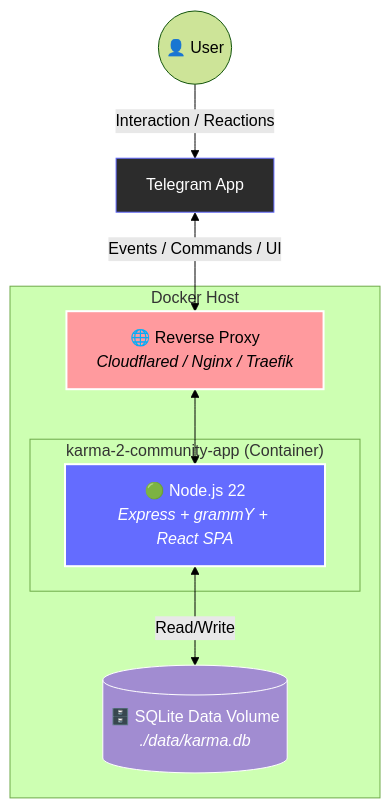
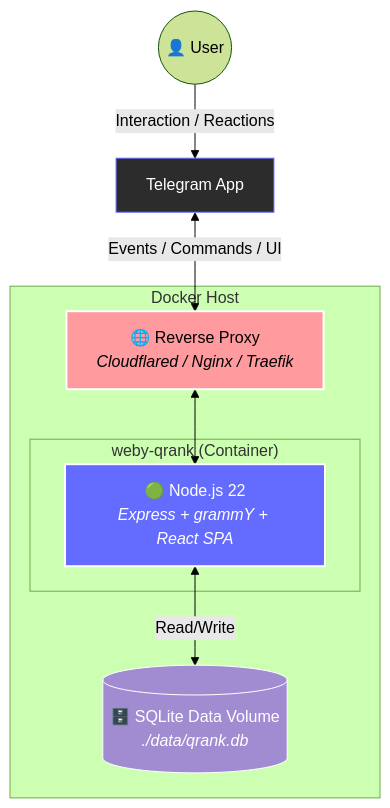
One commit to weby-homelab/karma-2-community-app changed the diagram in README.md. Above: the diagram before and after it, drawn with Mermaid (forest theme). The commit also changed other lines of this file and 20 other files, not shown here.

Commit message:
Rebrand Karma to Weby-QRank (#35)

````diff
--- a/README.md
+++ b/README.md
@@ -49,33 +49,33 @@
 ```mermaid
 graph TD
     %% Nodes definition
     User((👤 User))
     TG[Telegram App]
     
     subgraph "Docker Host"
       Proxy[🌐 Reverse Proxy<br/><i>Cloudflared / Nginx / Traefik</i>]
       
-      subgraph "karma-2-community-app (Container)"
+      subgraph "weby-qrank (Container)"
         Node[🟢 Node.js 22<br/><i>Express + grammY + React SPA</i>]
       end
       
-      DB[(🗄️ SQLite Data Volume<br/><i>./data/karma.db</i>)]
+      DB[(🗄️ SQLite Data Volume<br/><i>./data/qrank.db</i>)]
     end
 
     %% Connections
     User -->|Interaction / Reactions| TG
     TG <-->|Events / Commands / UI| Proxy
     Proxy <--> Node
     Node <-->|Read/Write| DB
 
     %% Styles
     classDef primary fill:#646cff,stroke:#fff,stroke-width:2px,color:#fff
     classDef secondary fill:#2c2c2c,stroke:#646cff,stroke-width:1px,color:#fff
     classDef highlight fill:#ff9a9e,stroke:#fff,stroke-width:2px,color:#000
     classDef storage fill:#a18cd1,stroke:#fff,stroke-width:1px,color:#fff
 
     class Node primary
     class Proxy highlight
     class DB storage
     class TG secondary
 ```
````
